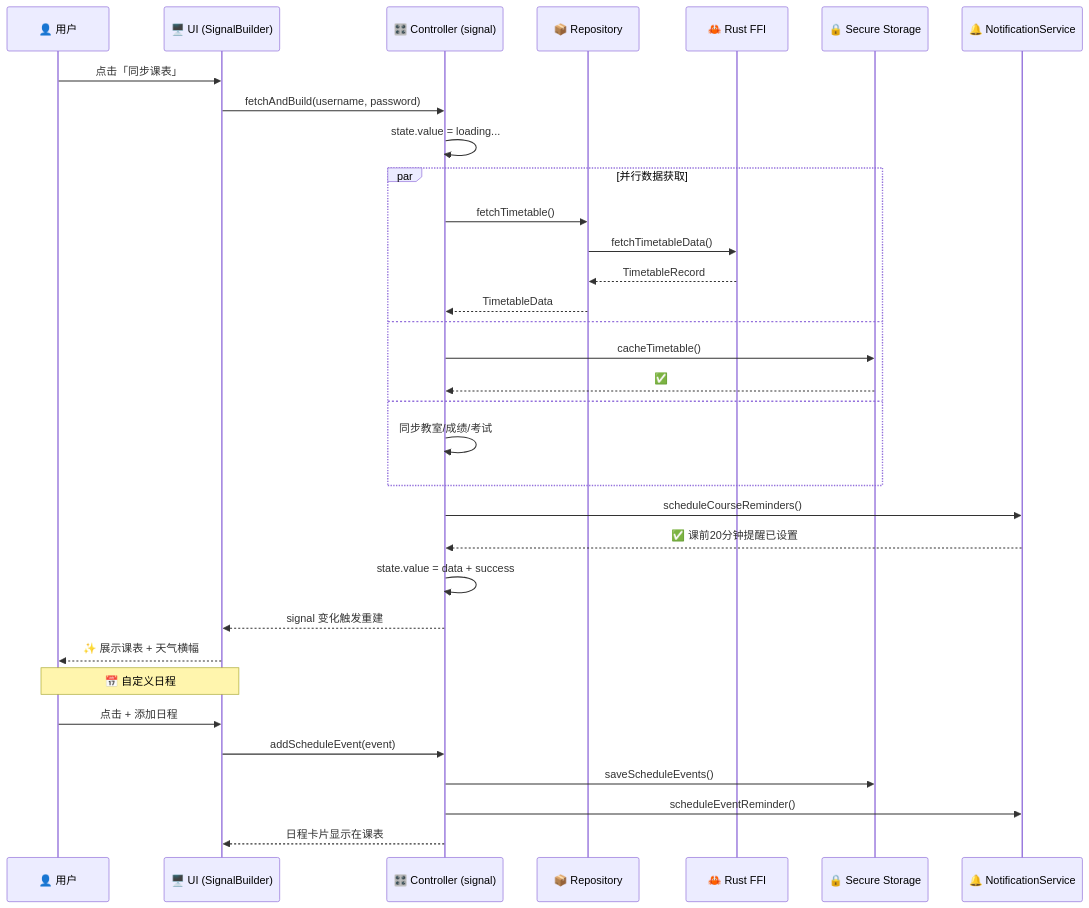
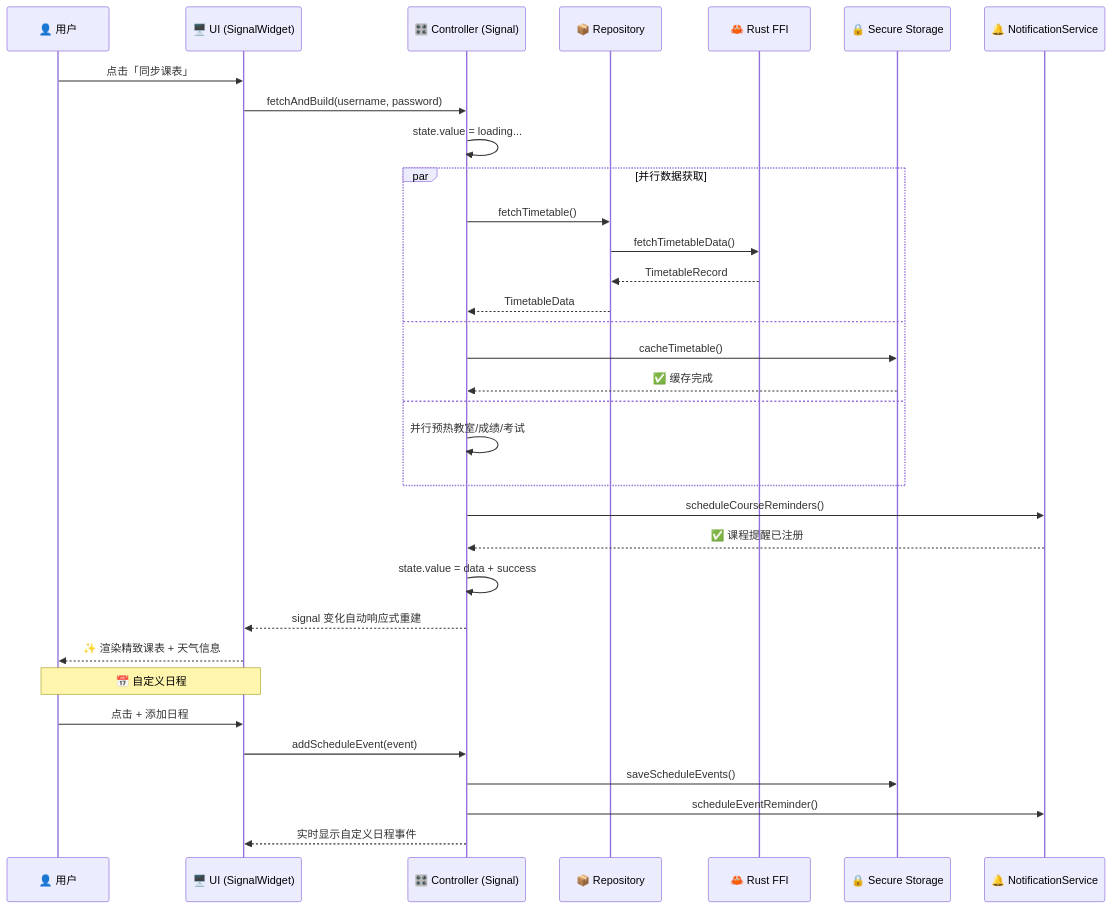
Before and after one commit to fans963/li_curriculum_table: the second of 4 diagrams in README.md, drawn with Mermaid. The commit also changed other lines of this file and 10 other files, not shown here.

````diff
--- a/README.md
+++ b/README.md
@@ -77,39 +79,39 @@
 ```mermaid
 sequenceDiagram
     participant U as 👤 用户
-    participant UI as 🖥️ UI (SignalBuilder)
-    participant Ctrl as 🎛️ Controller (signal)
+    participant UI as 🖥️ UI (SignalWidget)
+    participant Ctrl as 🎛️ Controller (Signal)
     participant Repo as 📦 Repository
     participant Rust as 🦀 Rust FFI
     participant Storage as 🔒 Secure Storage
     participant Notif as 🔔 NotificationService
 
     U->>UI: 点击「同步课表」
     UI->>Ctrl: fetchAndBuild(username, password)
     Ctrl->>Ctrl: state.value = loading...
 
     par 并行数据获取
         Ctrl->>Repo: fetchTimetable()
         Repo->>Rust: fetchTimetableData()
         Rust-->>Repo: TimetableRecord
         Repo-->>Ctrl: TimetableData
     and
         Ctrl->>Storage: cacheTimetable()
-        Storage-->>Ctrl: ✅
+        Storage-->>Ctrl: ✅ 缓存完成
     and
-        Ctrl->>Ctrl: 同步教室/成绩/考试
+        Ctrl->>Ctrl: 并行预热教室/成绩/考试
     end
 
     Ctrl->>Notif: scheduleCourseReminders()
-    Notif-->>Ctrl: ✅ 课前20分钟提醒已设置
+    Notif-->>Ctrl: ✅ 课程提醒已注册
     Ctrl->>Ctrl: state.value = data + success
-    Ctrl-->>UI: signal 变化触发重建
-    UI-->>U: ✨ 展示课表 + 天气横幅
+    Ctrl-->>UI: signal 变化自动响应式重建
+    UI-->>U: ✨ 渲染精致课表 + 天气信息
 
     Note over U,UI: 📅 自定义日程
     U->>UI: 点击 + 添加日程
     UI->>Ctrl: addScheduleEvent(event)
     Ctrl->>Storage: saveScheduleEvents()
     Ctrl->>Notif: scheduleEventReminder()
-    Ctrl-->>UI: 日程卡片显示在课表
+    Ctrl-->>UI: 实时显示自定义日程事件
 ```
````
